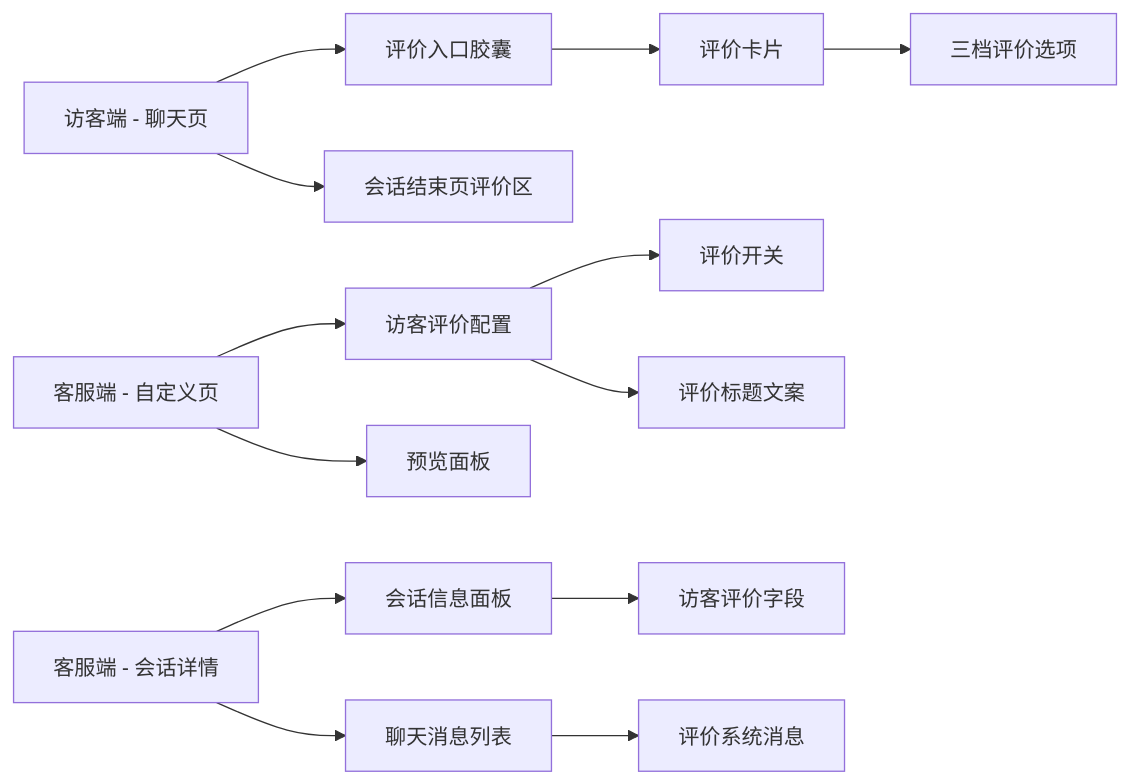
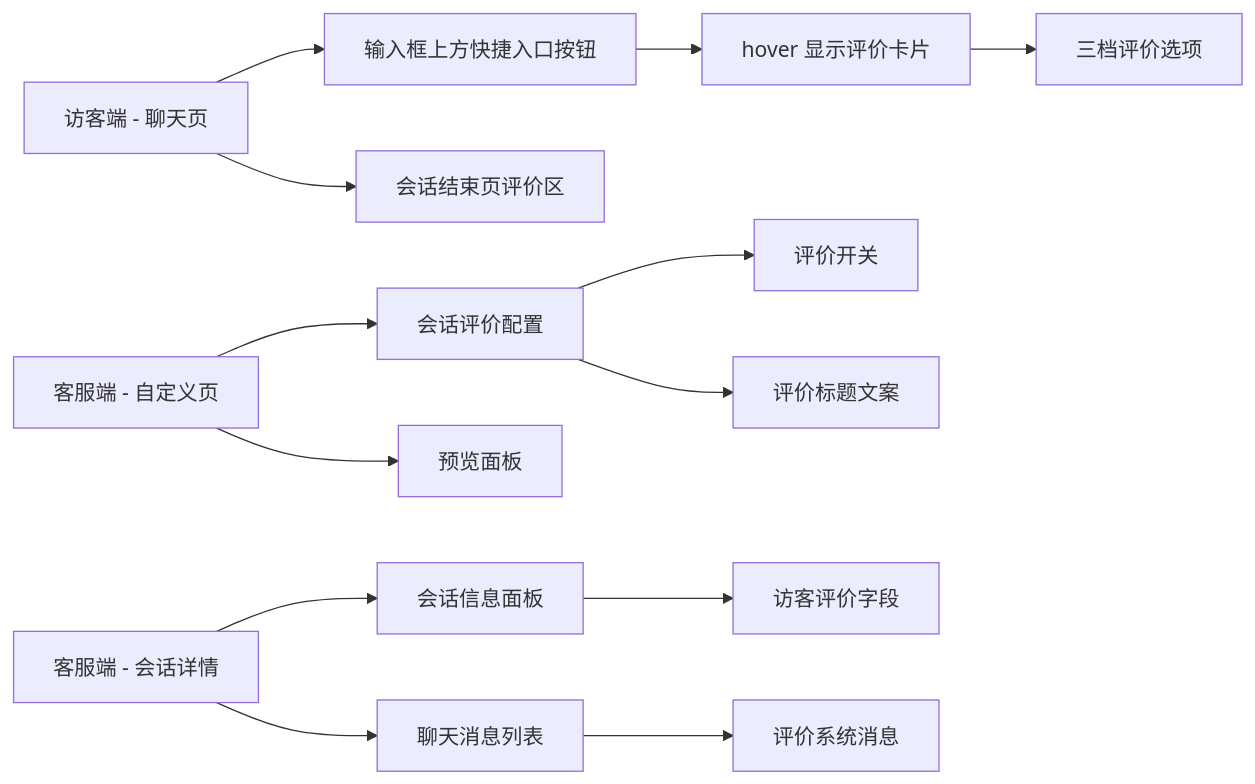
The first of 2 diagrams in docs/PRD-访客评价调整.md (goeye/twt), drawn with Mermaid before and after one commit. The commit also changed other lines of this file and 7 other files, not shown here.

````diff
--- a/docs/PRD-访客评价调整.md
+++ b/docs/PRD-访客评价调整.md
@@ -52,15 +53,15 @@
 ```mermaid
 graph LR
-    A[访客端 - 聊天页] --> B[评价入口胶囊]
-    B --> C[评价卡片]
+    A[访客端 - 聊天页] --> B[输入框上方快捷入口按钮]
+    B --> C[hover 显示评价卡片]
     C --> D[三档评价选项]
     A --> E[会话结束页评价区]
-    F[客服端 - 自定义页] --> G[访客评价配置]
+    F[客服端 - 自定义页] --> G[会话评价配置]
     G --> H[评价开关]
     G --> I[评价标题文案]
     F --> J[预览面板]
     K[客服端 - 会话详情] --> L[会话信息面板]
     L --> M[访客评价字段]
     K --> N[聊天消息列表]
     N --> O[评价系统消息]
 ```
````
